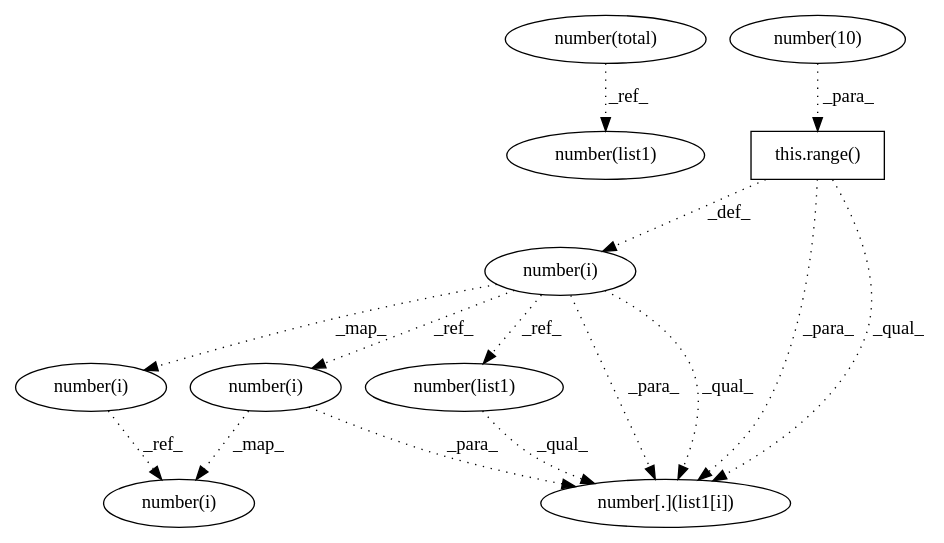
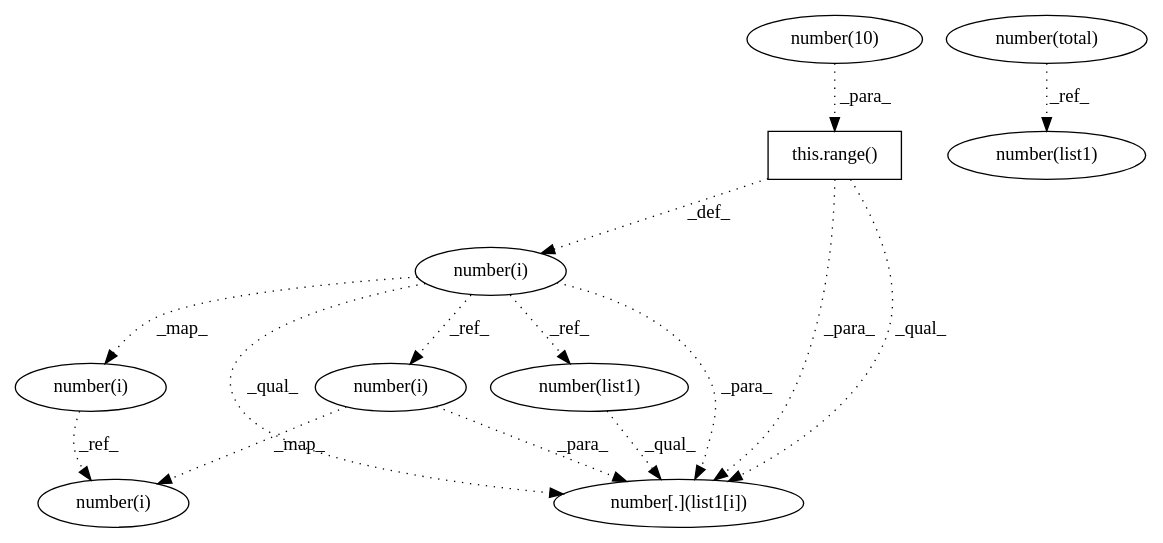
The diagram in AtomicASTChangeMining/OUTPUT/DEBUG/d61610a2e8aeffc66038f7f94d8f5a44e899017f___1.dot (maldil/R-CPATMiner), drawn with Graphviz before and after one commit. The commit also changed 75 other files, not shown here.

```diff
--- a/AtomicASTChangeMining/OUTPUT/DEBUG/d61610a2e8aeffc66038f7f94d8f5a44e899017f___1.dot
+++ b/AtomicASTChangeMining/OUTPUT/DEBUG/d61610a2e8aeffc66038f7f94d8f5a44e899017f___1.dot
@@ -1,26 +1,26 @@
 digraph G {
 1 [label="number(list1)" shape=ellipse]
-2 [label="number(total)" shape=ellipse]
-3 [label="number(i)" shape=ellipse]
-4 [label="this.range()" shape=box]
+2 [label="number(i)" shape=ellipse]
+3 [label="number(total)" shape=ellipse]
+4 [label="number(10)" shape=ellipse]
 5 [label="number(i)" shape=ellipse]
 6 [label="number(i)" shape=ellipse]
-7 [label="number(10)" shape=ellipse]
-8 [label="number(i)" shape=ellipse]
-9 [label="number[.](list1[i])" shape=ellipse]
-10 [label="number(list1)" shape=ellipse]
+7 [label="number(list1)" shape=ellipse]
+8 [label="number[.](list1[i])" shape=ellipse]
+9 [label="number(i)" shape=ellipse]
+10 [label="this.range()" shape=box]
 2 -> 1 [label="_ref_" style=dotted];
-4 -> 3 [label="_def_" style=dotted];
-7 -> 4 [label="_para_" style=dotted];
-3 -> 5 [label="_ref_" style=dotted];
-3 -> 6 [label="_map_" style=dotted];
-6 -> 8 [label="_ref_" style=dotted];
-5 -> 8 [label="_map_" style=dotted];
-10 -> 9 [label="_qual_" style=dotted];
-5 -> 9 [label="_para_" style=dotted];
-3 -> 9 [label="_para_" style=dotted];
-4 -> 9 [label="_para_" style=dotted];
-3 -> 9 [label="_qual_" style=dotted];
-4 -> 9 [label="_qual_" style=dotted];
-3 -> 10 [label="_ref_" style=dotted];
+10 -> 2 [label="_def_" style=dotted];
+2 -> 5 [label="_map_" style=dotted];
+5 -> 6 [label="_ref_" style=dotted];
+9 -> 6 [label="_map_" style=dotted];
+3 -> 7 [label="_ref_" style=dotted];
+1 -> 8 [label="_qual_" style=dotted];
+9 -> 8 [label="_para_" style=dotted];
+2 -> 8 [label="_para_" style=dotted];
+10 -> 8 [label="_para_" style=dotted];
+2 -> 8 [label="_qual_" style=dotted];
+10 -> 8 [label="_qual_" style=dotted];
+2 -> 9 [label="_ref_" style=dotted];
+4 -> 10 [label="_para_" style=dotted];
 }
```
